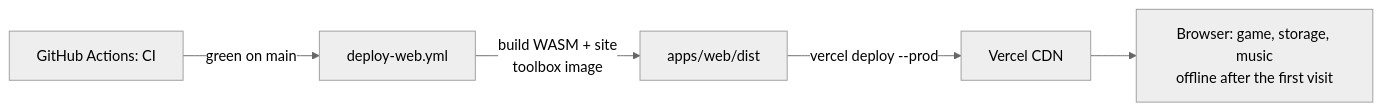
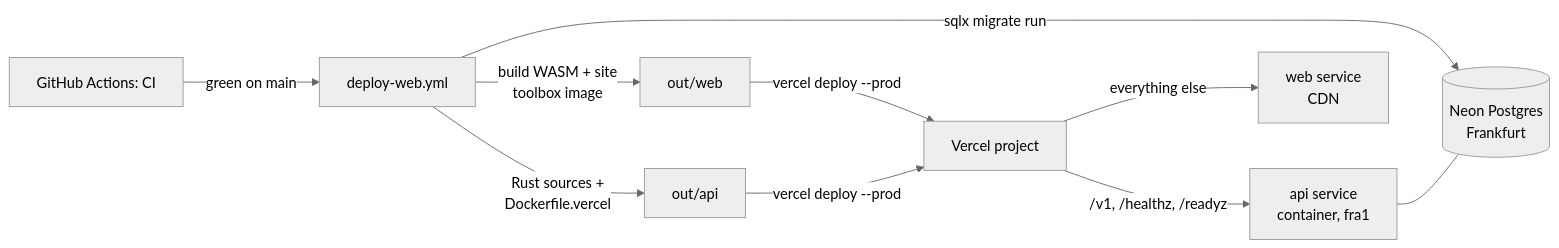
The diagram in docs/architecture/deployment.md (Alfredo-Moreira/Ouril), drawn with Mermaid (neutral theme) before and after one commit. The commit also changed other lines of this file and 23 other files, not shown here.

````diff
--- a/docs/architecture/deployment.md
+++ b/docs/architecture/deployment.md
@@ -9,7 +12,11 @@
 ```mermaid
 flowchart LR
   CI[GitHub Actions: CI] -->|green on main| D[deploy-web.yml]
-  D -->|build WASM + site<br/>toolbox image| DIST[apps/web/dist]
-  DIST -->|vercel deploy --prod| V[Vercel CDN]
-  V --> B[Browser: game, storage, music<br/>offline after the first visit]
+  D -->|build WASM + site<br/>toolbox image| W[out/web]
+  D -->|sqlx migrate run| N[(Neon Postgres<br/>Frankfurt)]
+  D -->|Rust sources +<br/>Dockerfile.vercel| A[out/api]
+  W & A -->|vercel deploy --prod| V[Vercel project]
+  V -->|"/v1, /healthz, /readyz"| S[api service<br/>container, fra1]
+  V -->|everything else| C[web service<br/>CDN]
+  S --- N
 ```
````
